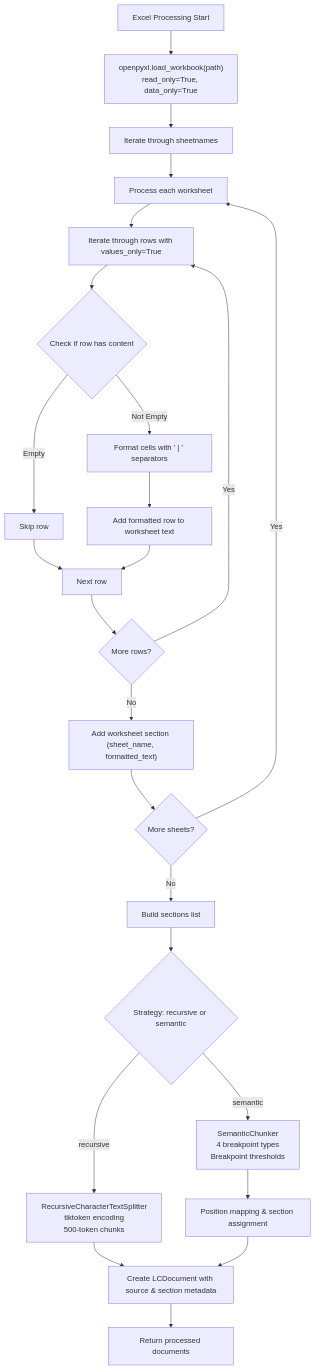
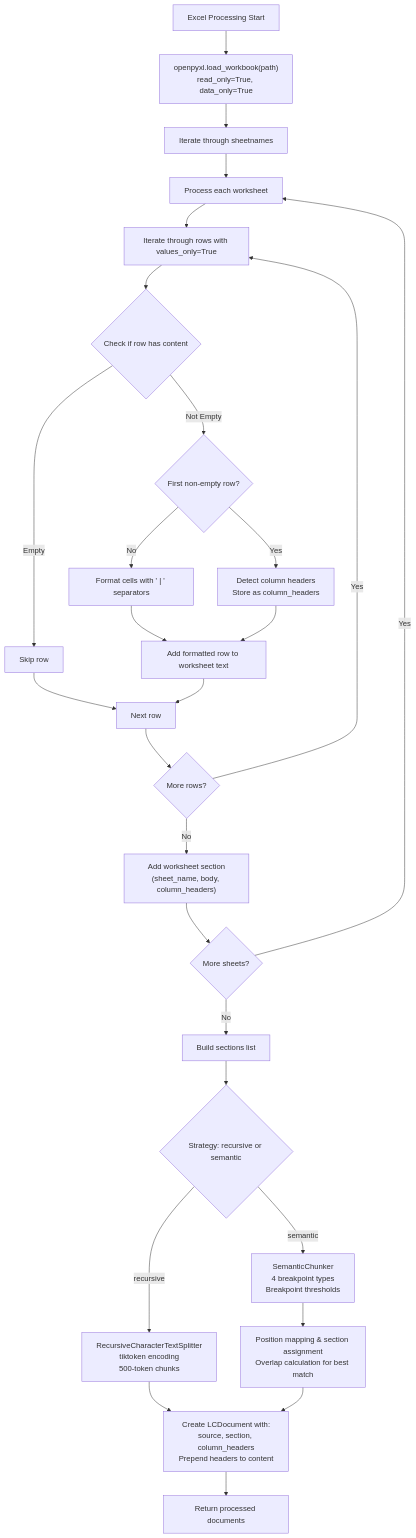
The fifth of 14 diagrams in .qoder/repowiki/en/content/RAG Integration/RAG Parser Enhancement.md (ognelis/cafetera_hr_bot), drawn with Mermaid before and after one commit. The commit also changed other lines of this file and 2 other files, not shown here.

````diff
--- a/.qoder/repowiki/en/content/RAG Integration/RAG Parser Enhancement.md
+++ b/.qoder/repowiki/en/content/RAG Integration/RAG Parser Enhancement.md
@@ -284,26 +333,29 @@
 ```mermaid
 flowchart TD
 StartExcel["Excel Processing Start"] --> LoadWorkbook["openpyxl.load_workbook(path)<br/>read_only=True, data_only=True"]
 LoadWorkbook --> IterateSheets["Iterate through sheetnames"]
 IterateSheets --> ProcessSheet["Process each worksheet"]
 ProcessSheet --> ExtractRows["Iterate through rows with values_only=True"]
 ExtractRows --> CheckEmpty{"Check if row has content"}
 CheckEmpty --> |"Empty"| SkipRow["Skip row"]
-CheckEmpty --> |"Not Empty"| FormatRow["Format cells with ' | ' separators"]
+CheckEmpty --> |"Not Empty"| CheckHeader{"First non-empty row?"}
+CheckHeader --> |"Yes"| DetectHeader["Detect column headers<br/>Store as column_headers"]
+CheckHeader --> |"No"| FormatRow["Format cells with ' | ' separators"]
 FormatRow --> AddToText["Add formatted row to worksheet text"]
 SkipRow --> NextRow["Next row"]
+DetectHeader --> AddToText
 AddToText --> NextRow
 NextRow --> MoreRows{"More rows?"}
 MoreRows --> |"Yes"| ExtractRows
-MoreRows --> |"No"| AddSection["Add worksheet section (sheet_name, formatted_text)"]
+MoreRows --> |"No"| AddSection["Add worksheet section<br/>(sheet_name, body, column_headers)"]
 AddSection --> NextSheet{"More sheets?"}
 NextSheet --> |"Yes"| ProcessSheet
 NextSheet --> |"No"| BuildSections["Build sections list"]
 BuildSections --> Strategy{"Strategy: recursive or semantic"}
 Strategy --> |"recursive"| RecursiveSplit["RecursiveCharacterTextSplitter<br/>tiktoken encoding<br/>500-token chunks"]
 Strategy --> |"semantic"| SemanticSplit["SemanticChunker<br/>4 breakpoint types<br/>Breakpoint thresholds"]
-RecursiveSplit --> CreateDocs["Create LCDocument with source & section metadata"]
-SemanticSplit --> PositionMapping["Position mapping & section assignment"]
+RecursiveSplit --> CreateDocs["Create LCDocument with:<br/>source, section, column_headers<br/>Prepend headers to content"]
+SemanticSplit --> PositionMapping["Position mapping & section assignment<br/>Overlap calculation for best match"]
 PositionMapping --> CreateDocs
 CreateDocs --> ReturnDocs["Return processed documents"]
 ```
````
